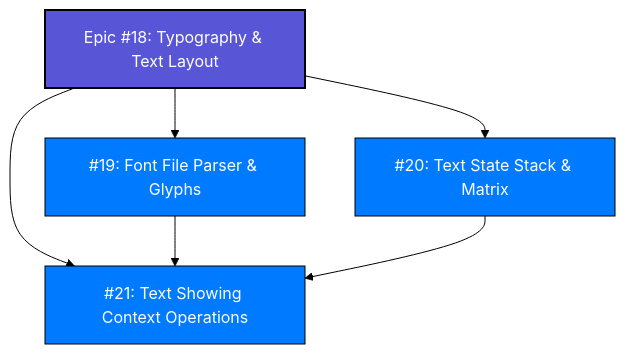
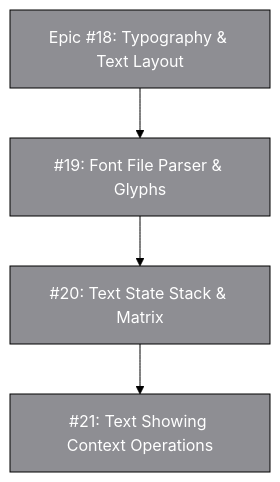
One commit to SlayerMotion/PureDraw changed the third of 4 diagrams in docs/quartz_missing_features_issues.md. Above: the diagram before and after it, drawn with Mermaid (forest theme). The commit also changed other lines of this file and 1 other file, not shown here.

Commit message:
docs: standardize remaining diagrams with vertical flowchart TB and hex colors

````diff
--- a/docs/quartz_missing_features_issues.md
+++ b/docs/quartz_missing_features_issues.md
@@ -104,16 +103,16 @@
 ```mermaid
-flowchart TD
-    Epic18["Epic #18: Typography & Text Layout"]:::epic --> I19["#19: Font File Parser & Glyphs"]:::issue
-    Epic18 --> I20["#20: Text State Stack & Matrix"]:::issue
-    Epic18 --> I21["#21: Text Showing Context Operations"]:::issue
-    
-    I19 --> I21
-    I20 --> I21
+flowchart TB
+    classDef done fill:#34C759,stroke:#000,color:#fff
+    classDef active fill:#007AFF,stroke:#000,color:#fff
+    classDef next fill:#FFCC00,stroke:#000,color:#000
+    classDef review fill:#30B0C7,stroke:#000,color:#fff
+    classDef partial fill:#FF9500,stroke:#000,color:#fff
+    classDef todo fill:#8E8E93,stroke:#000,color:#fff
 
-    classDef epic fill:#5856d6,stroke:#000,color:#fff,stroke-width:2px;
-    classDef issue fill:#007aff,stroke:#000,color:#fff;
+    Epic18["Epic #18: Typography & Text Layout"]:::todo --> I19["#19: Font File Parser & Glyphs"]:::todo --> I20["#20: Text State Stack & Matrix"]:::todo --> I21["#21: Text Showing Context Operations"]:::todo
+
     click Epic18 href "https://github.com/mihaelamj/PureDraw/issues/18" "Epic #18"
     click I19 href "https://github.com/mihaelamj/PureDraw/issues/19" "Issue #19"
     click I20 href "https://github.com/mihaelamj/PureDraw/issues/20" "Issue #20"
     click I21 href "https://github.com/mihaelamj/PureDraw/issues/21" "Issue #21"
 ```
````
